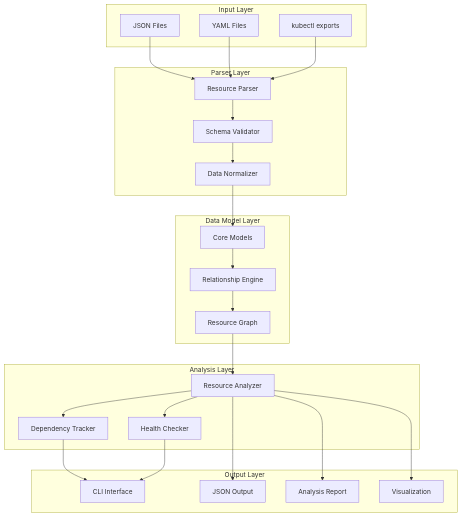
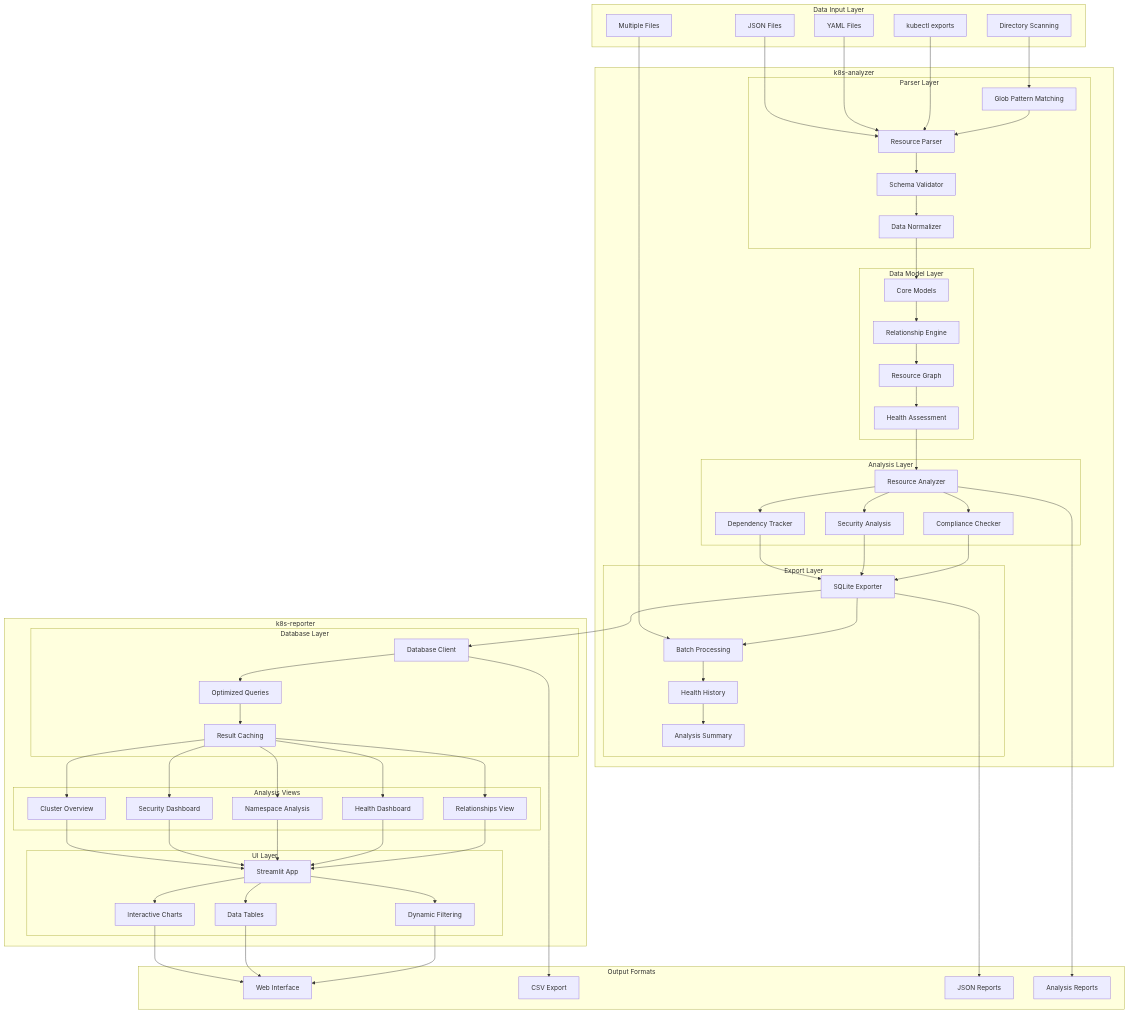
One commit to brunseba/k8s-tools changed the diagram in DESIGN.md. Above: the diagram before and after it, drawn with Mermaid. The commit also changed other lines of this file and 7 other files, not shown here.

````diff
--- a/DESIGN.md
+++ b/DESIGN.md
@@ -9,54 +14,124 @@
 ```mermaid
 graph TB
-    subgraph "Input Layer"
+    subgraph "Data Input Layer"
         JSON[JSON Files]
-        YAML[YAML Files]
+        YAML[YAML Files] 
         KUBECTL[kubectl exports]
+        MULTI[Multiple Files]
+        DIR[Directory Scanning]
     end
     
-    subgraph "Parser Layer"
-        PARSER[Resource Parser]
-        VALIDATOR[Schema Validator]
-        NORMALIZER[Data Normalizer]
+    subgraph "k8s-analyzer"
+        subgraph "Parser Layer"
+            PARSER[Resource Parser]
+            VALIDATOR[Schema Validator]
+            NORMALIZER[Data Normalizer]
+            GLOB[Glob Pattern Matching]
+        end
+        
+        subgraph "Data Model Layer"
+            CORE[Core Models]
+            REL[Relationship Engine]
+            GRAPH[Resource Graph]
+            HEALTH[Health Assessment]
+        end
+        
+        subgraph "Analysis Layer"
+            ANALYZER[Resource Analyzer]
+            DEPS[Dependency Tracker]
+            SECURITY[Security Analysis]
+            COMPLIANCE[Compliance Checker]
+        end
+        
+        subgraph "Export Layer"
+            SQLITE[SQLite Exporter]
+            BATCH[Batch Processing]
+            HISTORY[Health History]
+            SUMMARY[Analysis Summary]
+        end
     end
     
-    subgraph "Data Model Layer"
-        CORE[Core Models]
-        REL[Relationship Engine]
-        GRAPH[Resource Graph]
+    subgraph "k8s-reporter"
+        subgraph "Database Layer"
+            DBCLIENT[Database Client]
+            QUERIES[Optimized Queries]
+            CACHE[Result Caching]
+        end
+        
+        subgraph "Analysis Views"
+            OVERVIEW[Cluster Overview]
+            SEC_VIEW[Security Dashboard]
+            NS_VIEW[Namespace Analysis]
+            HEALTH_VIEW[Health Dashboard]
+            REL_VIEW[Relationships View]
+        end
+        
+        subgraph "UI Layer"
+            STREAMLIT[Streamlit App]
+            PLOTLY[Interactive Charts]
+            TABLES[Data Tables]
+            FILTERS[Dynamic Filtering]
+        end
     end
     
-    subgraph "Analysis Layer"
-        ANALYZER[Resource Analyzer]
-        DEPS[Dependency Tracker]
-        HEALTH[Health Checker]
-    end
-    
-    subgraph "Output Layer"
-        CLI[CLI Interface]
-        JSON_OUT[JSON Output]
-        REPORT[Analysis Report]
-        VIZ[Visualization]
+    subgraph "Output Formats"
+        WEBAPP[Web Interface]
+        CSV[CSV Export]
+        JSON_OUT[JSON Reports]
+        REPORTS[Analysis Reports]
     end
     
     JSON --> PARSER
     YAML --> PARSER
     KUBECTL --> PARSER
+    MULTI --> BATCH
+    DIR --> GLOB
     
     PARSER --> VALIDATOR
     VALIDATOR --> NORMALIZER
     NORMALIZER --> CORE
+    GLOB --> PARSER
     
     CORE --> REL
     REL --> GRAPH
-    GRAPH --> ANALYZER
+    GRAPH --> HEALTH
+    HEALTH --> ANALYZER
     
     ANALYZER --> DEPS
-    ANALYZER --> HEALTH
+    ANALYZER --> SECURITY
+    ANALYZER --> COMPLIANCE
     
-    DEPS --> CLI
-    HEALTH --> CLI
-    ANALYZER --> JSON_OUT
-    ANALYZER --> REPORT
-    ANALYZER --> VIZ
+    DEPS --> SQLITE
+    SECURITY --> SQLITE
+    COMPLIANCE --> SQLITE
+    SQLITE --> BATCH
+    BATCH --> HISTORY
+    HISTORY --> SUMMARY
+    
+    SQLITE --> DBCLIENT
+    DBCLIENT --> QUERIES
+    QUERIES --> CACHE
+    
+    CACHE --> OVERVIEW
+    CACHE --> SEC_VIEW
+    CACHE --> NS_VIEW
+    CACHE --> HEALTH_VIEW
+    CACHE --> REL_VIEW
+    
+    OVERVIEW --> STREAMLIT
+    SEC_VIEW --> STREAMLIT
+    NS_VIEW --> STREAMLIT
+    HEALTH_VIEW --> STREAMLIT
+    REL_VIEW --> STREAMLIT
+    
+    STREAMLIT --> PLOTLY
+    STREAMLIT --> TABLES
+    STREAMLIT --> FILTERS
+    
+    PLOTLY --> WEBAPP
+    TABLES --> WEBAPP
+    FILTERS --> WEBAPP
+    DBCLIENT --> CSV
+    SQLITE --> JSON_OUT
+    ANALYZER --> REPORTS
 ```
````
